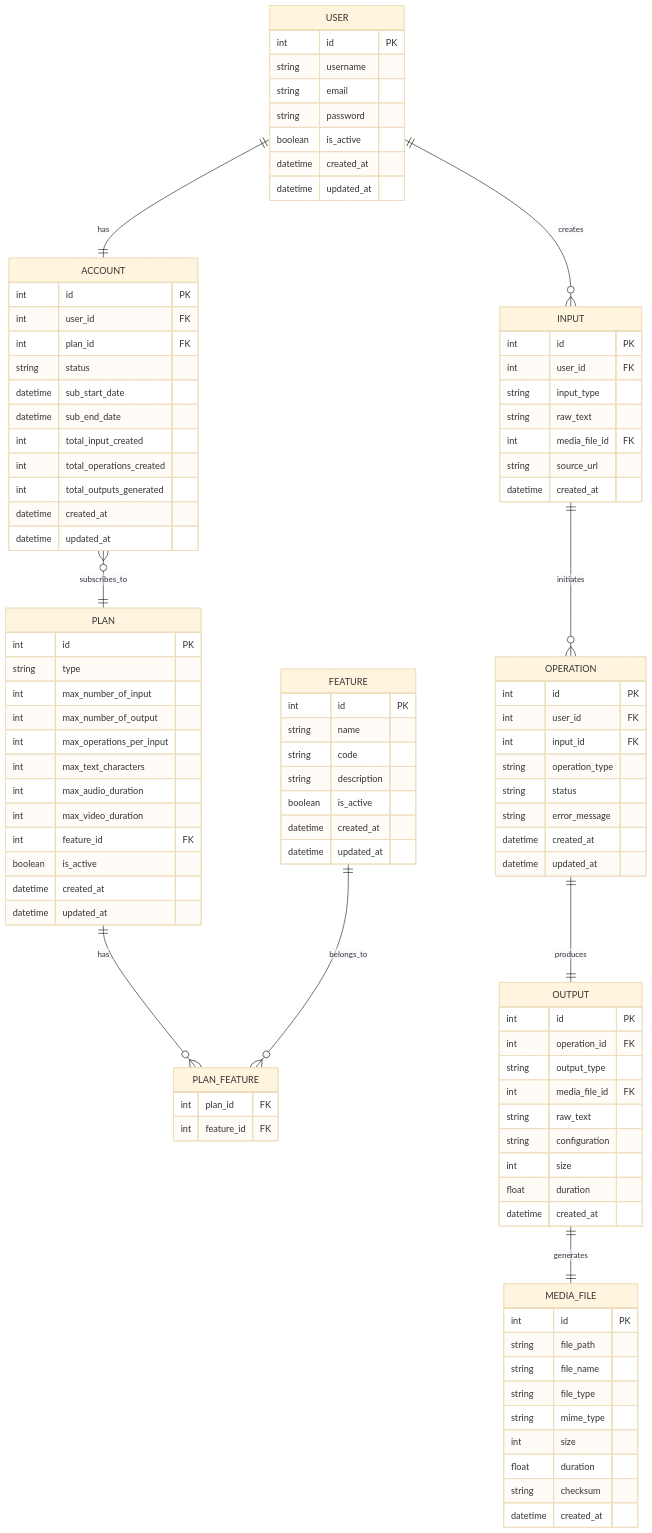
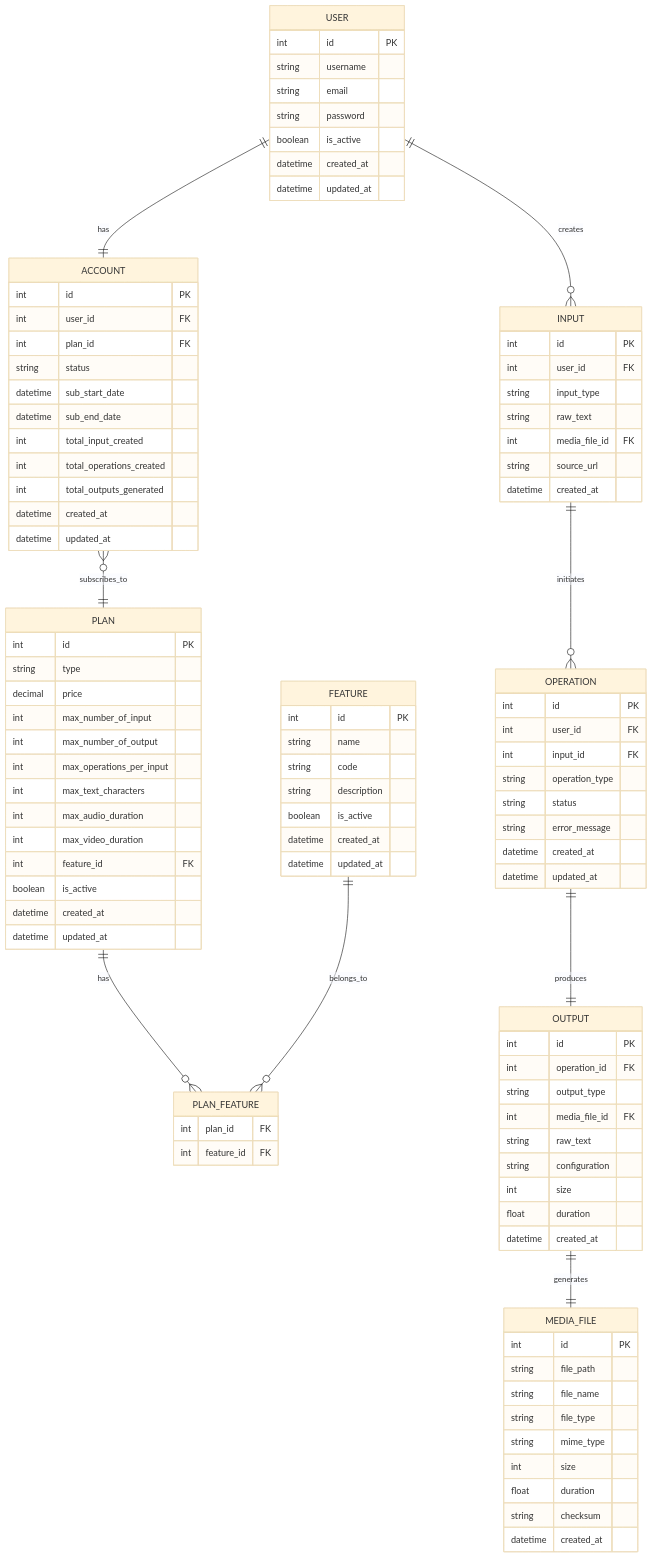
The diagram in ERD.md (NelMatrix743/text-speaker-io), drawn with Mermaid (base theme) before and after one commit.

Commit message:
feat: add price field to plan model

```diff
--- a/ERD.md
+++ b/ERD.md
@@ -28,6 +28,7 @@
     PLAN {
         int id PK
         string type
+        decimal price
         int max_number_of_input
         int max_number_of_output
         int max_operations_per_input
```
